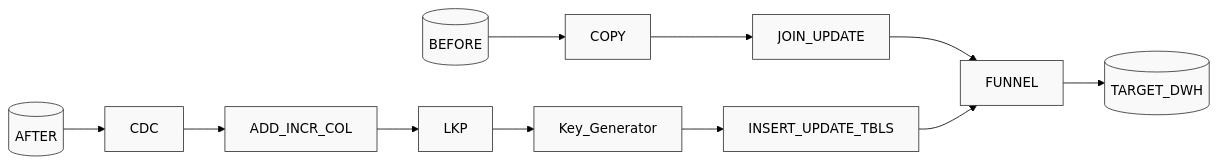
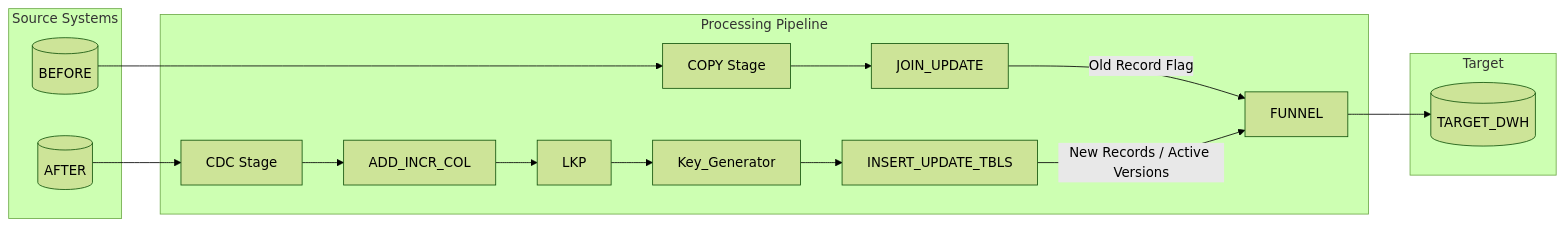
Before and after one commit to mariam-tahaa/Airline_Datastage_Pipeline: the diagram in SCD_Type2.md, drawn with Mermaid (forest theme). The commit also changed 1 other file, not shown here.

Commit message:
Refactor Data Model section in README and enhance ETL flow diagram in SCD_Type2 documentation

````diff
--- a/SCD_Type2.md
+++ b/SCD_Type2.md
@@ -42,17 +42,37 @@
 ```mermaid
 graph LR
-    A[("BEFORE")] --> B[COPY]
-    C[("AFTER")] --> D[CDC]
-    
-    D --> E[ADD_INCR_COL]
-    E --> F[LKP]
-    F --> G[Key_Generator]
-    G --> H[INSERT_UPDATE_TBLS]
-    
-    B --> I[JOIN_UPDATE]
-    I --> J[FUNNEL]
-    H --> J
-    J --> K[("TARGET_DWH")]
+    subgraph "Source Systems"
+        BEFORE[("BEFORE")]
+        AFTER[("AFTER")]
+    end
 
-    classDef default fill:#f9f9f9,stroke:#333
+    subgraph "Processing Pipeline"
+        COPY[COPY Stage]
+        CDC[CDC Stage]
+        ADD_INCR[ADD_INCR_COL]
+        LKP[LKP]
+        KEY_GEN[Key_Generator]
+        JOIN_UPDATE[JOIN_UPDATE]
+        INS_UPD[INSERT_UPDATE_TBLS]
+        FUNNEL[FUNNEL]
+    end
+
+    subgraph "Target"
+        TARGET[("TARGET_DWH")]
+    end
+
+    AFTER --> CDC
+    CDC --> ADD_INCR
+    ADD_INCR --> LKP
+    LKP --> KEY_GEN
+    KEY_GEN --> INS_UPD
+
+    BEFORE --> COPY
+    COPY --> JOIN_UPDATE
+    JOIN_UPDATE -->|Old Record Flag| FUNNEL
+
+    INS_UPD -->|New Records / Active Versions| FUNNEL
+    FUNNEL --> TARGET
+
+    %% No colors – default black & white
 ```
````
